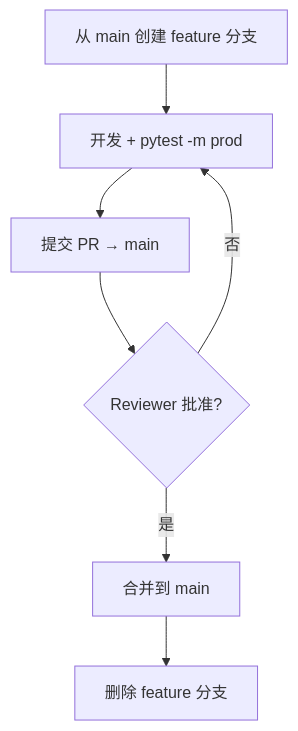
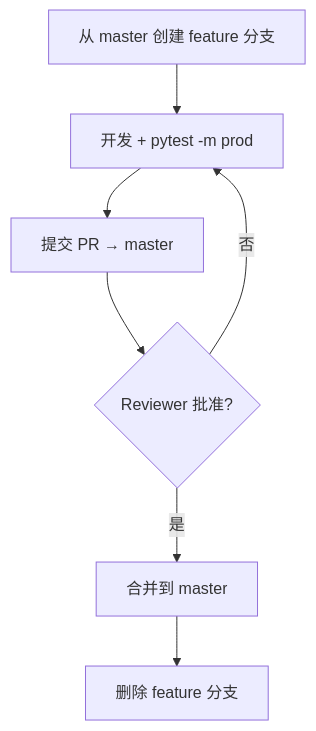
Before and after one commit to Xubenbenn/algo-source: the first of 2 diagrams in docs/development-workflow.md, drawn with Mermaid. The commit also changed other lines of this file and 1 other file, not shown here.

Commit message:
docs: main → master (分支命名统一)

````diff
--- a/docs/development-workflow.md
+++ b/docs/development-workflow.md
@@ -21,9 +21,9 @@
 ```mermaid
 flowchart TD
-    A["从 main 创建 feature 分支"] --> B["开发 + pytest -m prod"]
-    B --> C["提交 PR → main"]
+    A["从 master 创建 feature 分支"] --> B["开发 + pytest -m prod"]
+    B --> C["提交 PR → master"]
     C --> D{"Reviewer 批准?"}
     D -->|否| B
-    D -->|是| E["合并到 main"]
+    D -->|是| E["合并到 master"]
     E --> F["删除 feature 分支"]
 ```
````
